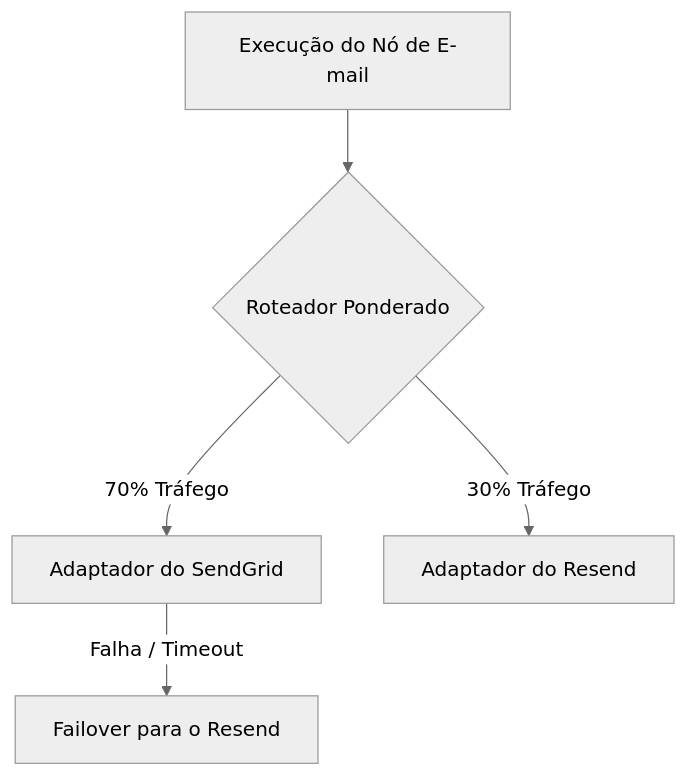
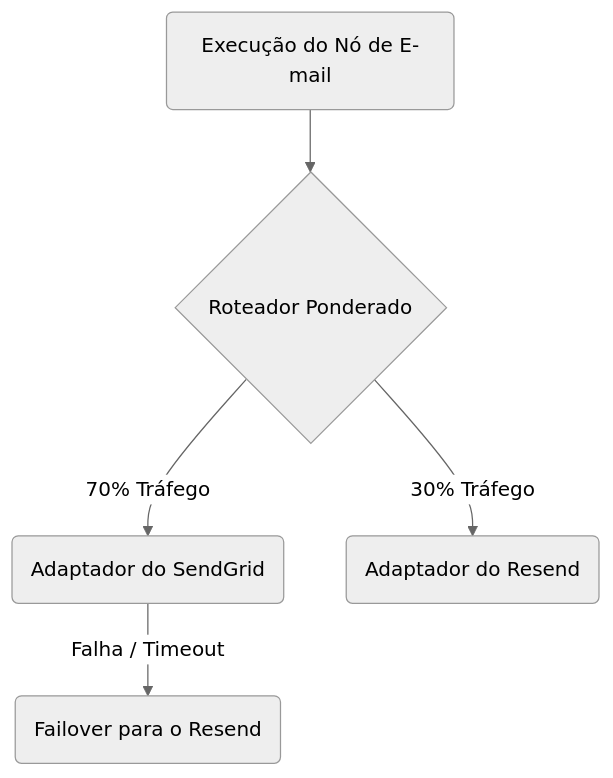
The diagram in content/docs/pt/platform/concepts/byop.mdx (KriyanshKhunt/nexus_docs), drawn with Mermaid (neutral theme) before and after one commit. The commit also changed 20 other files, not shown here.

Commit message:
Handle pt Mermaid charts

````diff
--- a/content/docs/pt/platform/concepts/byop.mdx
+++ b/content/docs/pt/platform/concepts/byop.mdx
@@ -41,7 +41,7 @@
 ```mermaid
 flowchart TD
-    Trigger[Execução do Nó de E-mail] --> Router{Roteador Ponderado}
-    Router -->|70% Tráfego| SG[Adaptador do SendGrid]
-    Router -->|30% Tráfego| RS[Adaptador do Resend]
-    SG -->|Falha / Timeout| Fallback[Failover para o Resend]
+    Trigger(Execução do Nó de E-mail) --> Router{Roteador Ponderado}
+    Router -->|70% Tráfego| SG(Adaptador do SendGrid)
+    Router -->|30% Tráfego| RS(Adaptador do Resend)
+    SG -->|Falha / Timeout| Fallback(Failover para o Resend)
 ```
````
